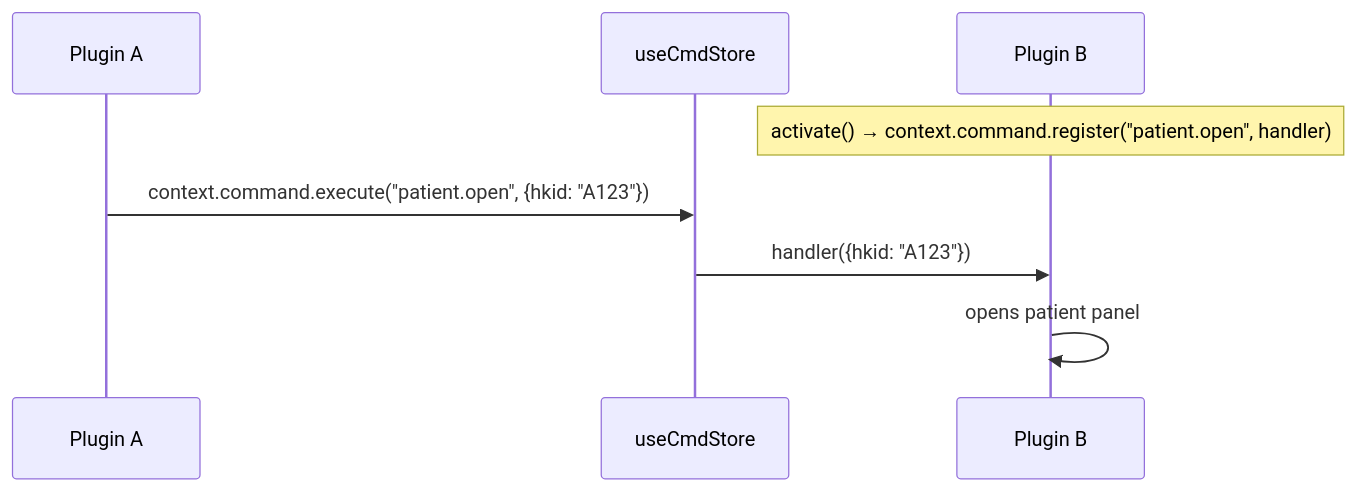
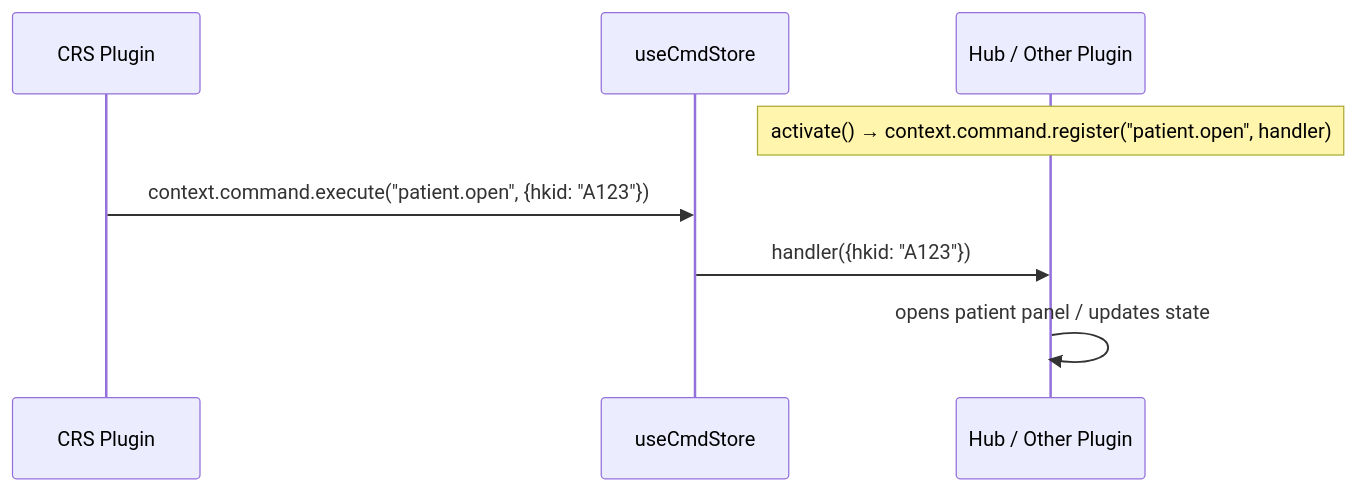
Before and after one commit to DragonChong/HA-Notes: the sixth of 8 diagrams in LIS/ECP/Micro-Frontend-Backend Architecture/02 - Micro-Frontend Architecture.md, drawn with Mermaid. The commit also changed other lines of this file and 2 other files, not shown here.

````diff
--- a/LIS/ECP/Micro-Frontend-Backend Architecture/02 - Micro-Frontend Architecture.md
+++ b/LIS/ECP/Micro-Frontend-Backend Architecture/02 - Micro-Frontend Architecture.md
@@ -211,11 +220,11 @@
 ```mermaid
 sequenceDiagram
-    participant PA as Plugin A
+    participant PA as CRS Plugin
     participant CS as useCmdStore
-    participant PB as Plugin B
+    participant PB as Hub / Other Plugin
 
     Note over PB: activate() → context.command.register("patient.open", handler)
     PA->>CS: context.command.execute("patient.open", {hkid: "A123"})
     CS->>PB: handler({hkid: "A123"})
-    PB->>PB: opens patient panel
+    PB->>PB: opens patient panel / updates state
 ```
````
